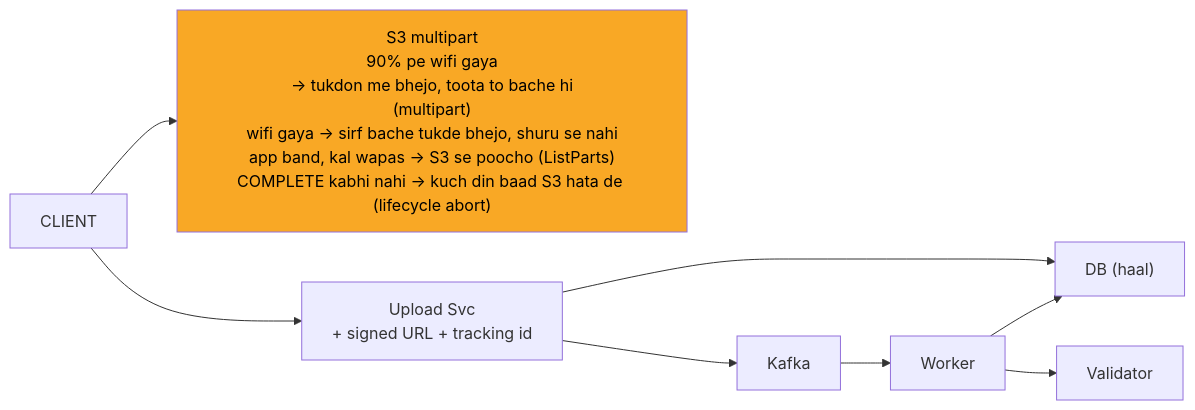
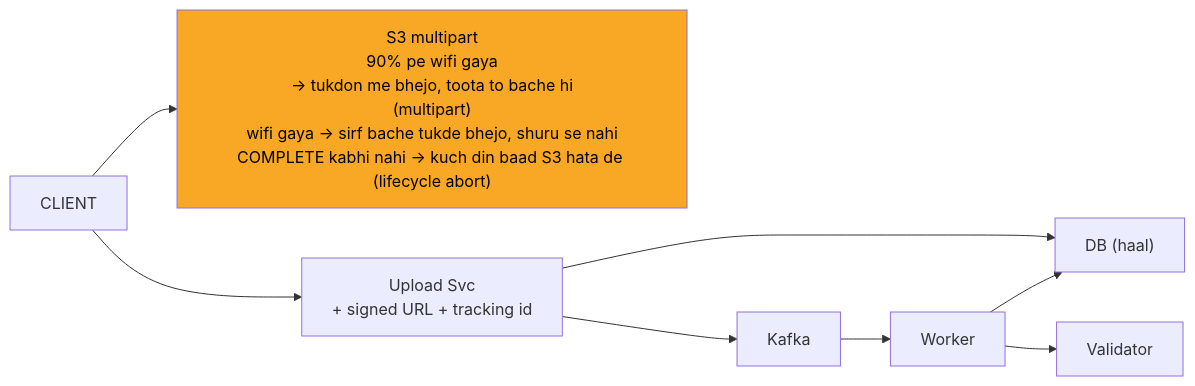
Before and after one commit to ArpanMaheshwari144/Prep: the fourth of 11 diagrams in 04_HLD/SYSTEM_DESIGNS/07_file_upload_validate_system/07_file_upload_INTERVIEW.md, drawn with Mermaid. The commit also changed other lines of this file and 13 other files, not shown here.

````diff
--- a/04_HLD/SYSTEM_DESIGNS/07_file_upload_validate_system/07_file_upload_INTERVIEW.md
+++ b/04_HLD/SYSTEM_DESIGNS/07_file_upload_validate_system/07_file_upload_INTERVIEW.md
@@ -172,19 +172,19 @@
 ```mermaid
 %%{init: {"flowchart": {"wrappingWidth": 450}}}%%
 flowchart LR
     n_CLIENT["CLIENT"]
-    n_S3["S3 multipart<br/>90% pe wifi gaya<br/>-> tukdon me bhejo, toota to bache hi<br/>(multipart)<br/>wifi gaya -> sirf bache tukde bhejo, shuru se nahi<br/>app band, kal wapas -> S3 se poocho (ListParts)<br/>COMPLETE kabhi nahi -> kuch din baad S3 hata de (lifecycle abort)"]
+    n_S3["S3 multipart<br/>90% pe wifi gaya<br/>-> tukdon me bhejo, toota to bache hi<br/>(multipart)<br/>wifi gaya -> sirf bache tukde bhejo, shuru se nahi<br/>COMPLETE kabhi nahi -> kuch din baad S3 hata de (lifecycle abort)"]
     n_Upload_Svc["Upload Svc<br/>+ signed URL + tracking id"]
     n_DB["DB (haal)"]
     n_Kafka["Kafka"]
     n_Worker["Worker"]
     n_Validator["Validator"]
     n_CLIENT --> n_S3
     n_CLIENT --> n_Upload_Svc
     n_Upload_Svc --> n_DB
     n_Upload_Svc --> n_Kafka
     n_Kafka --> n_Worker
     n_Worker --> n_Validator
     n_Worker --> n_DB
     style n_S3 fill:#f9a825,color:#000
 ```
````
